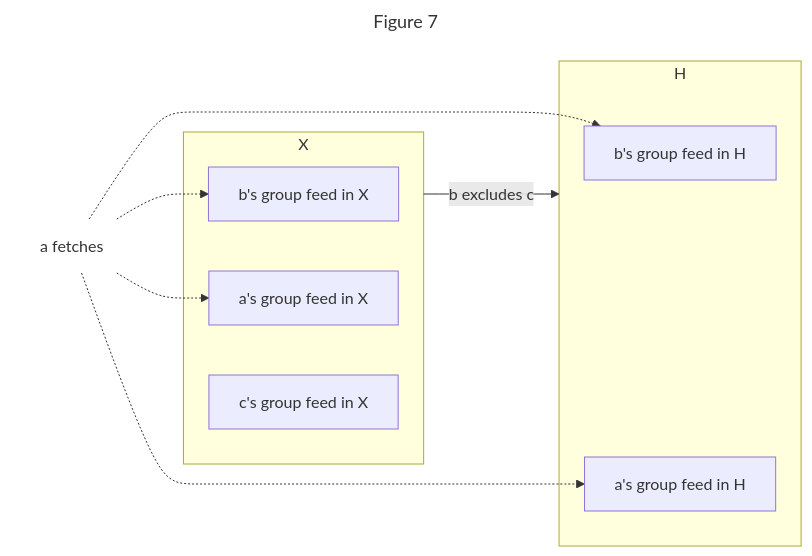
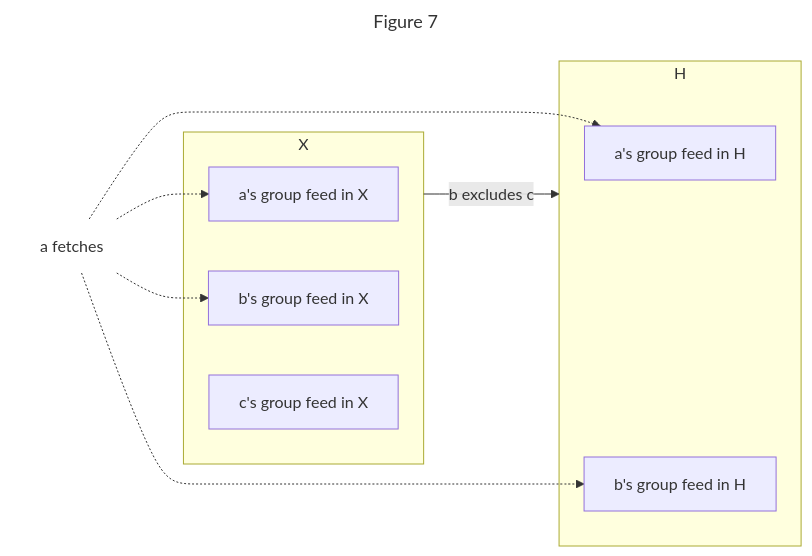
One commit to ssbc/ssb-group-exclusion-spec changed the seventh of 14 diagrams in README.md. Above: the diagram before and after it, drawn with Mermaid. The commit also changed other lines of this file, not shown here.

````diff
--- a/README.md
+++ b/README.md
@@ -404,20 +416,20 @@
 ```mermaid
 ---
 title: Figure 7
 ---
 graph LR;
   afetch[a fetches]
   subgraph X
+    Xa[a's group feed in X]
     Xb[b's group feed in X]
-    Xa[a's group feed in X]
     Xc[c's group feed in X]
   end
   X--"b excludes c"-->H
   subgraph H
+    Ha[a's group feed in H]
     Hb[b's group feed in H]
-    Ha[a's group feed in H]
   end
   afetch -.-> Xa & Xb & Ha & Hb
 
   style afetch fill:#0000,stroke:#0000;
 ```
````
